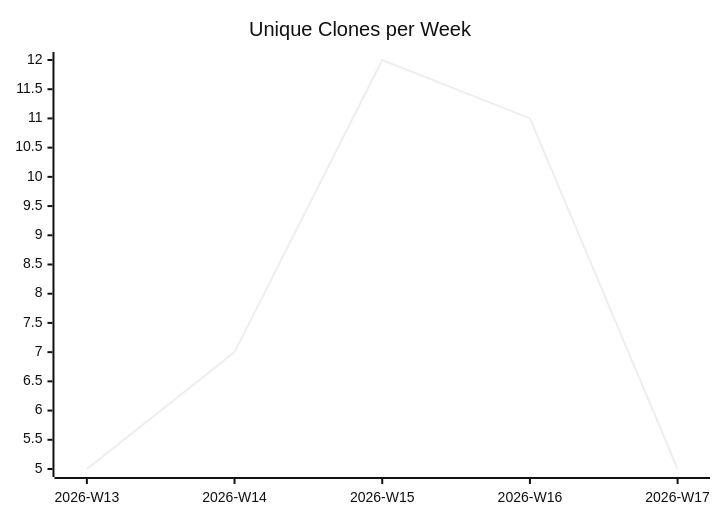
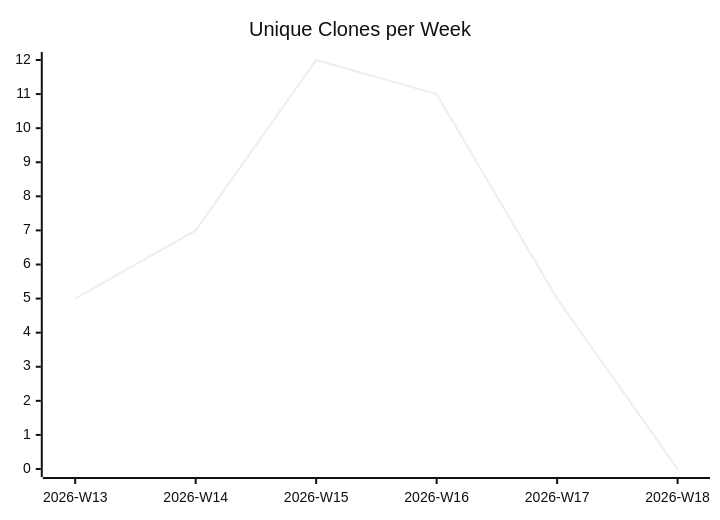
One commit to justdavis-family/github-analytics-data changed the third of 3 diagrams in karlmdavis/fhir-benchmarks/README.md. Above: the diagram before and after it, drawn with Mermaid (neutral theme). The commit also changed other lines of this file and 184 other files, not shown here.

````diff
--- a/karlmdavis/fhir-benchmarks/README.md
+++ b/karlmdavis/fhir-benchmarks/README.md
@@ -19,6 +19,6 @@
 ```mermaid
 xychart-beta
   title "Unique Clones per Week"
-  x-axis ["2026-W13", "2026-W14", "2026-W15", "2026-W16", "2026-W17"]
-  line [5, 7, 12, 11, 5]
+  x-axis ["2026-W13", "2026-W14", "2026-W15", "2026-W16", "2026-W17", "2026-W18"]
+  line [5, 7, 12, 11, 5, 0]
 ```
````
